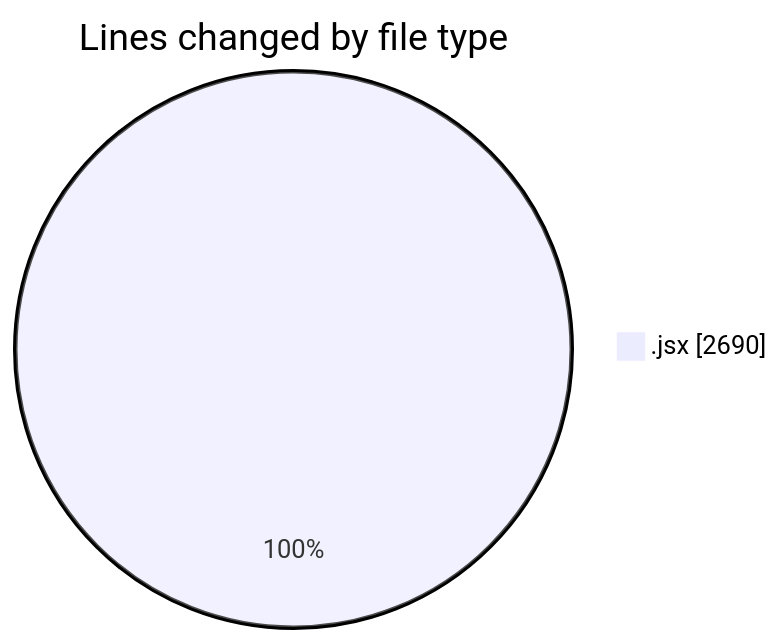
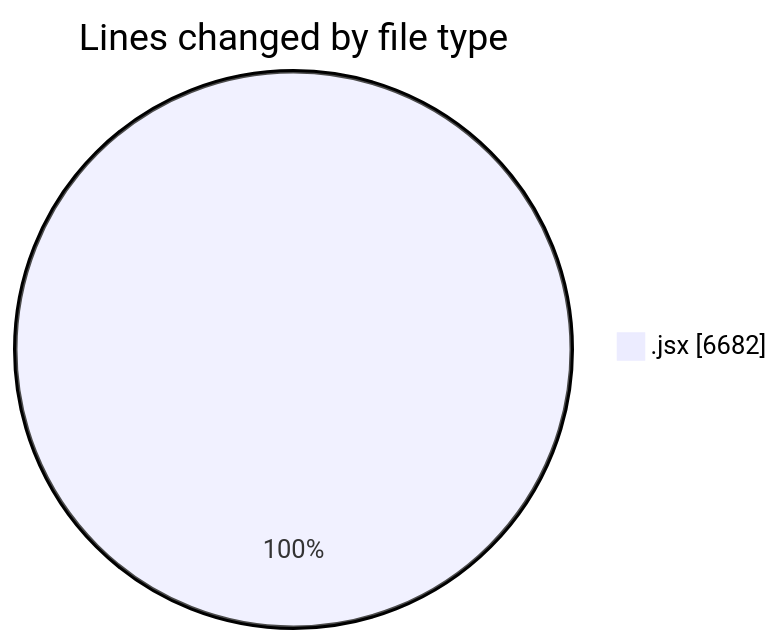
The first of 2 diagrams in 2025-09-29/nxtqube_webapp/README.md (nxtqubesakshisongat/code-tracking), drawn with Mermaid before and after one commit. The commit also changed other lines of this file and 1 other file, not shown here.

````diff
--- a/2025-09-29/nxtqube_webapp/README.md
+++ b/2025-09-29/nxtqube_webapp/README.md
@@ -20,5 +20,5 @@
 ```mermaid
 pie showData
 title Lines changed by file type
-".jsx" : 2690
+".jsx" : 6682
 ```
````
